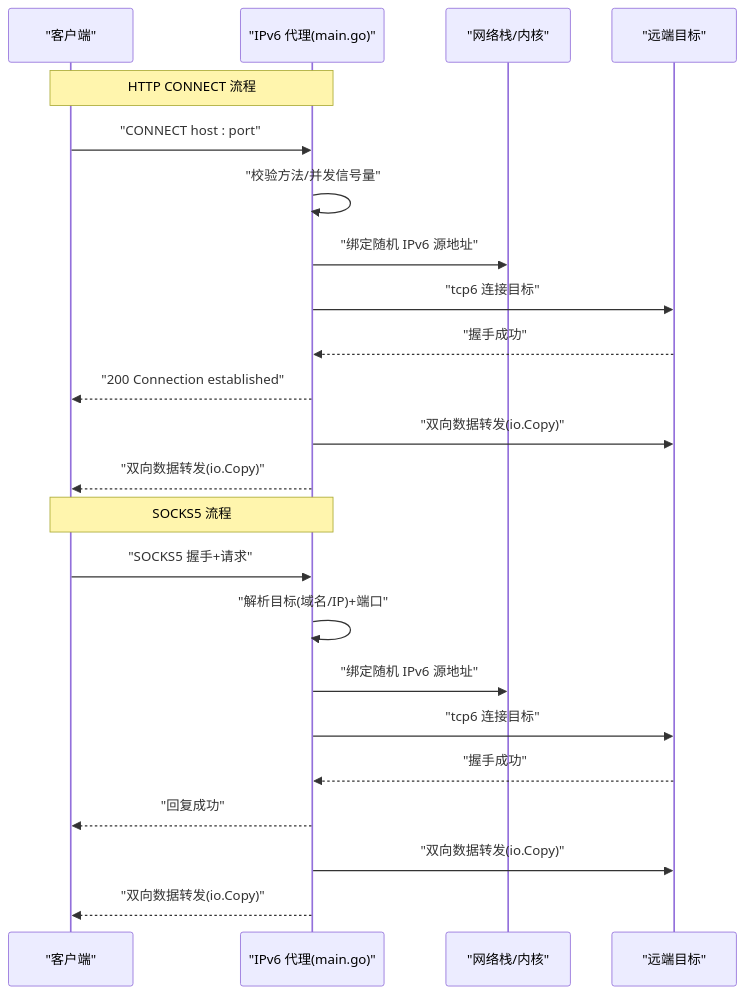
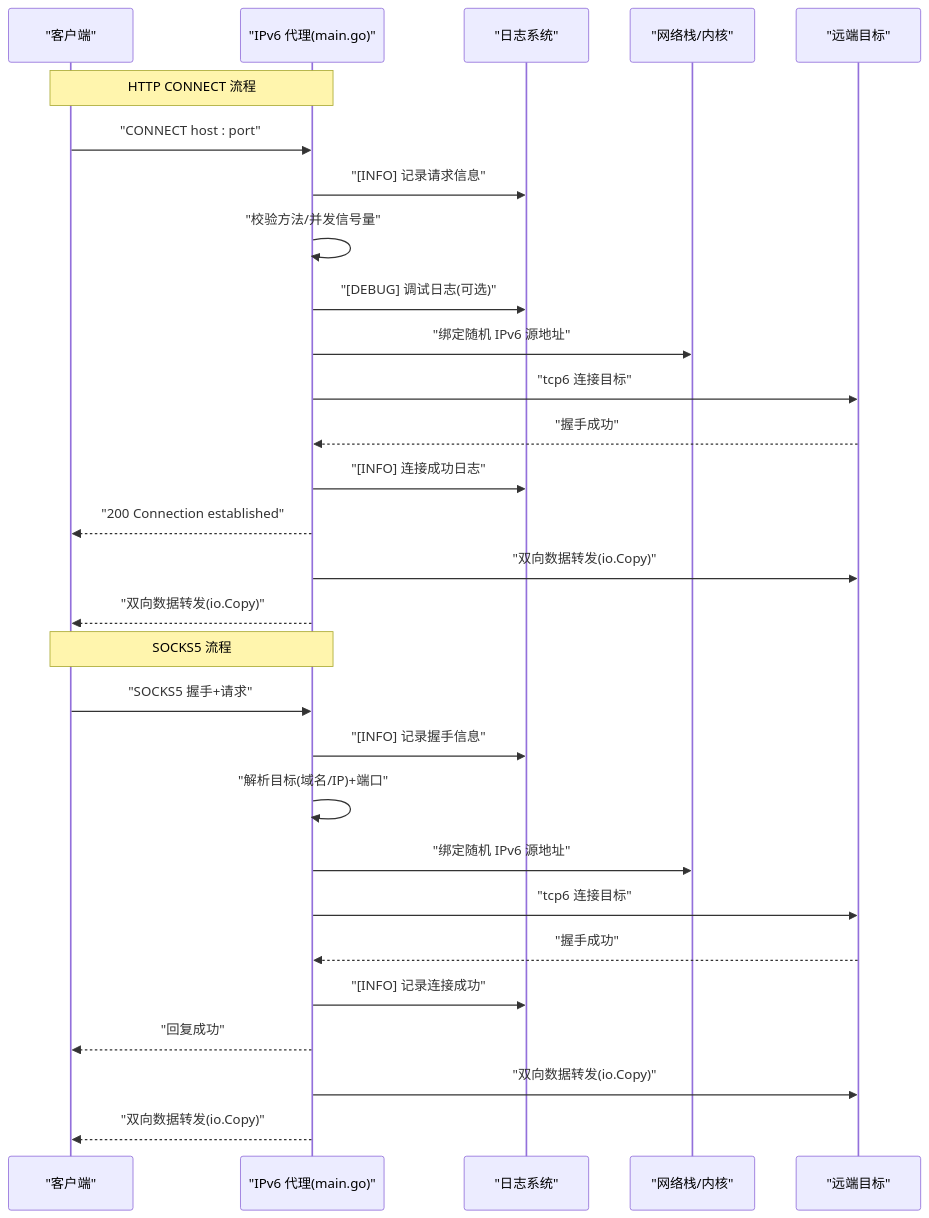
Before and after one commit to chuwang9964/ipv6-proxy-pool: the second of 4 diagrams in .qoder/repowiki/zh/content/部署运维.md, drawn with Mermaid. The commit also changed other lines of this file and 22 other files, not shown here.

````diff
--- a/.qoder/repowiki/zh/content/部署运维.md
+++ b/.qoder/repowiki/zh/content/部署运维.md
@@ -90,25 +107,31 @@
 ```mermaid
 sequenceDiagram
 participant Client as "客户端"
 participant Proxy as "IPv6 代理(main.go)"
+participant Logger as "日志系统"
 participant Net as "网络栈/内核"
 participant Target as "远端目标"
 Note over Client,Proxy : HTTP CONNECT 流程
 Client->>Proxy : "CONNECT host : port"
+Proxy->>Logger : "[INFO] 记录请求信息"
 Proxy->>Proxy : "校验方法/并发信号量"
+Proxy->>Logger : "[DEBUG] 调试日志(可选)"
 Proxy->>Net : "绑定随机 IPv6 源地址"
 Proxy->>Target : "tcp6 连接目标"
 Target-->>Proxy : "握手成功"
+Proxy->>Logger : "[INFO] 连接成功日志"
 Proxy-->>Client : "200 Connection established"
 Proxy->>Target : "双向数据转发(io.Copy)"
 Proxy-->>Client : "双向数据转发(io.Copy)"
 Note over Client,Proxy : SOCKS5 流程
 Client->>Proxy : "SOCKS5 握手+请求"
+Proxy->>Logger : "[INFO] 记录握手信息"
 Proxy->>Proxy : "解析目标(域名/IP)+端口"
 Proxy->>Net : "绑定随机 IPv6 源地址"
 Proxy->>Target : "tcp6 连接目标"
 Target-->>Proxy : "握手成功"
+Proxy->>Logger : "[INFO] 记录连接成功"
 Proxy-->>Client : "回复成功"
 Proxy->>Target : "双向数据转发(io.Copy)"
 Proxy-->>Client : "双向数据转发(io.Copy)"
 ```
````
